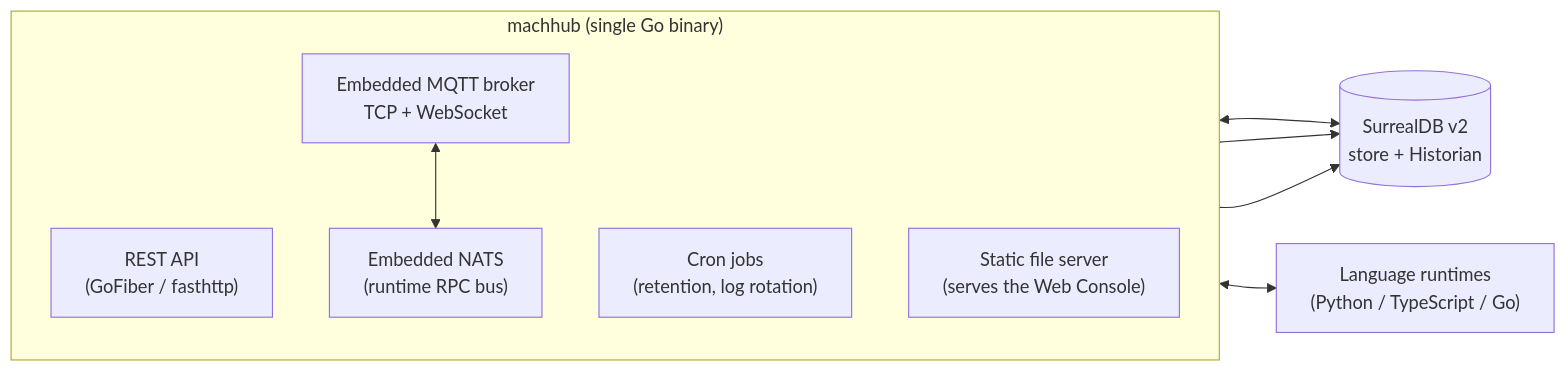
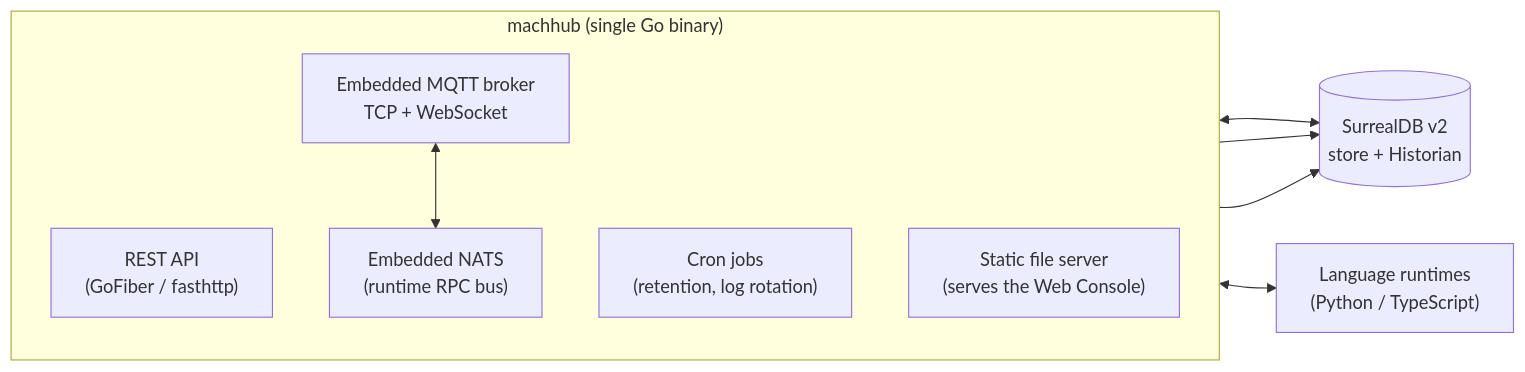
The first of 5 diagrams in src/content/docs/concepts/architecture.md (machhub-dev/docs), drawn with Mermaid before and after one commit. The commit also changed 17 other files, not shown here.

````diff
--- a/src/content/docs/concepts/architecture.md
+++ b/src/content/docs/concepts/architecture.md
@@ -14,20 +14,20 @@
 ```mermaid
 flowchart LR
   subgraph Binary["machhub (single Go binary)"]
     direction TB
     REST["REST API\n(GoFiber / fasthttp)"]
     BROKER["Embedded MQTT broker\nTCP + WebSocket"]
     NATS["Embedded NATS\n(runtime RPC bus)"]
     CRON["Cron jobs\n(retention, log rotation)"]
     STATIC["Static file server\n(serves the Web Console)"]
   end
 
   STORE[("SurrealDB v2\nstore + Historian")]
-  RUNTIMES["Language runtimes\n(Python / TypeScript / Go)"]
+  RUNTIMES["Language runtimes\n(Python / TypeScript)"]
 
   REST <--> STORE
   BROKER --> STORE
   BROKER <--> NATS
   NATS <--> RUNTIMES
   CRON --> STORE
 ```
````
